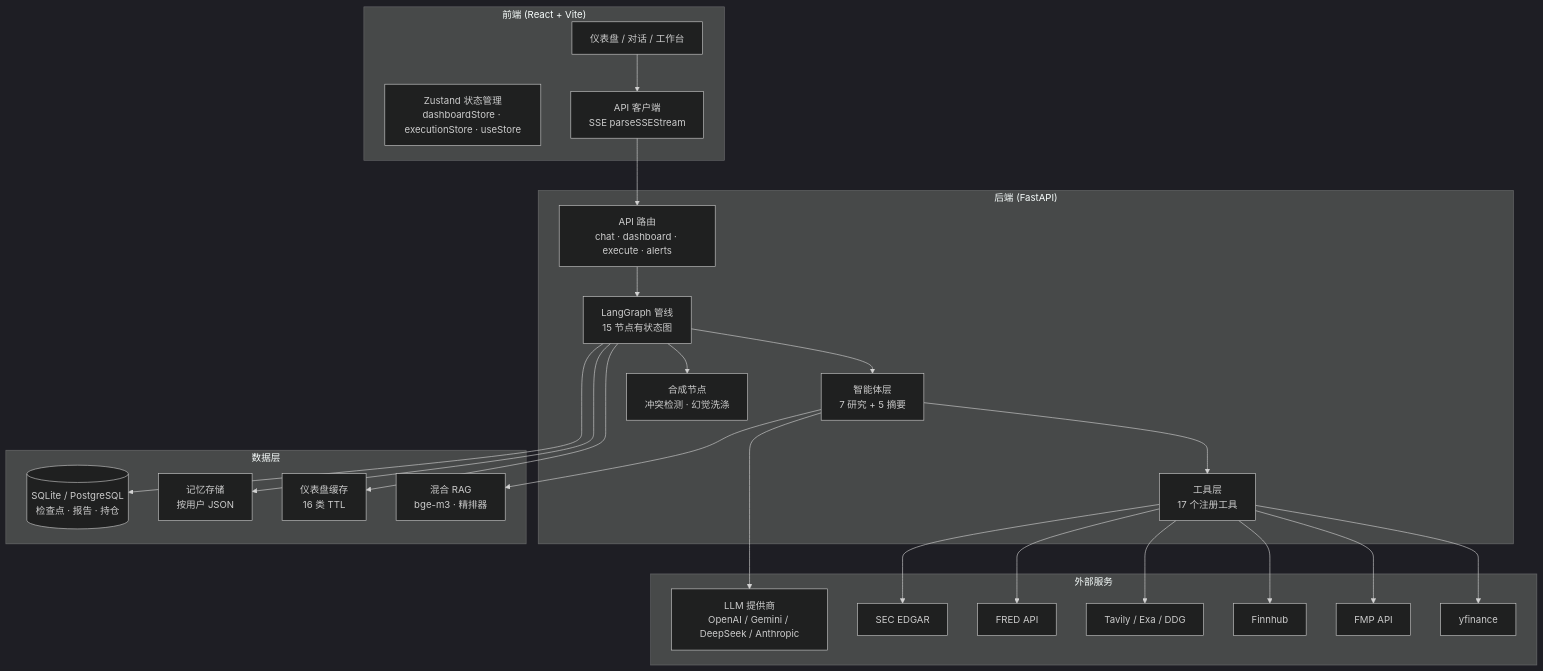
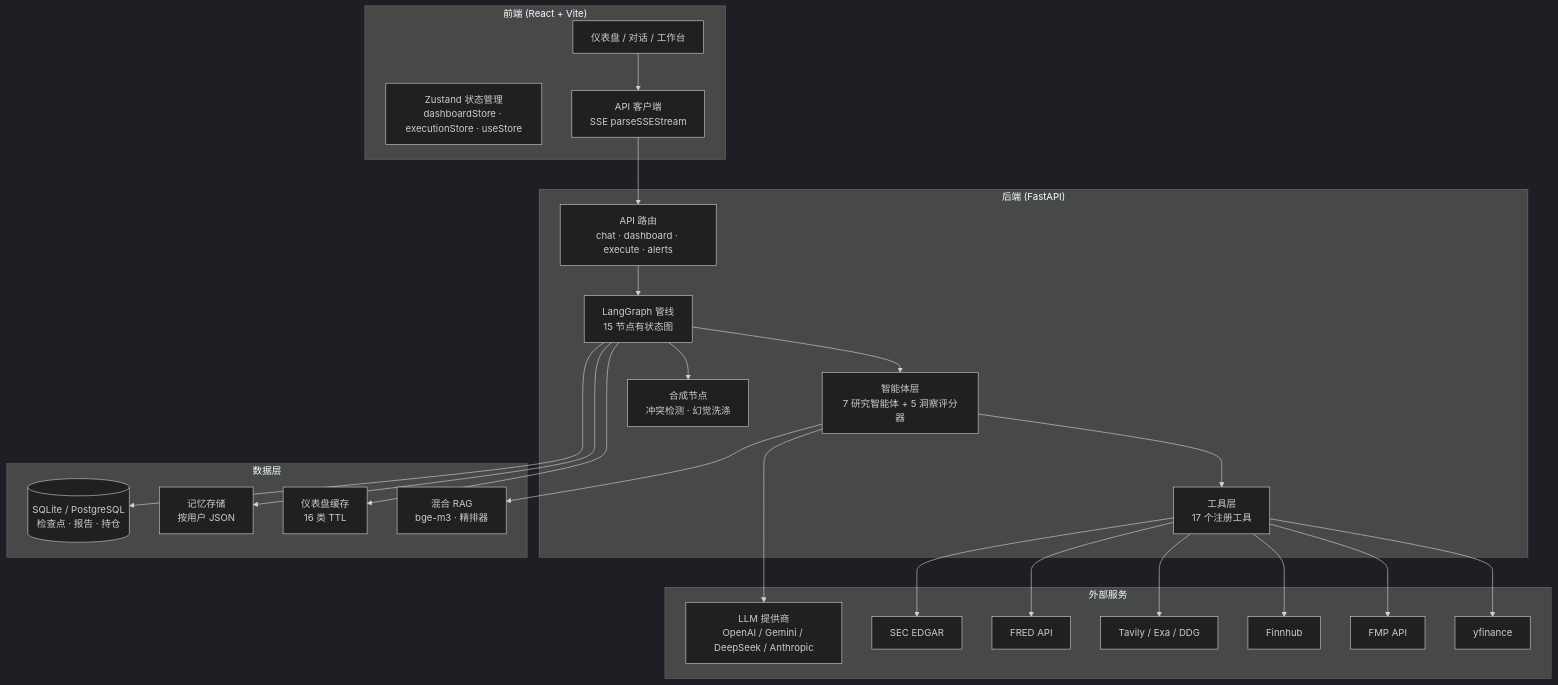
Before and after one commit to kkkano/FinSight: the first of 7 diagrams in readme_cn.md, drawn with Mermaid (dark theme). The commit also changed other lines of this file and 2 other files, not shown here.

Commit message:
docs(insights): clarify dashboard scorers vs research agents

````diff
--- a/readme_cn.md
+++ b/readme_cn.md
@@ -159,41 +159,41 @@
 ```mermaid
 graph TB
     subgraph "前端 (React + Vite)"
         UI[仪表盘 / 对话 / 工作台]
         STORE[Zustand 状态管理<br/>dashboardStore · executionStore · useStore]
         API_CLIENT[API 客户端<br/>SSE parseSSEStream]
     end
 
     subgraph "后端 (FastAPI)"
         ROUTER[API 路由<br/>chat · dashboard · execute · alerts]
         GRAPH[LangGraph 管线<br/>15 节点有状态图]
-        AGENTS[智能体层<br/>7 研究 + 5 摘要]
+        AGENTS[智能体层<br/>7 研究智能体 + 5 洞察评分器]
         TOOLS[工具层<br/>17 个注册工具]
         SYNTH[合成节点<br/>冲突检测 · 幻觉洗涤]
     end
 
     subgraph "数据层"
         RAG[混合 RAG<br/>bge-m3 · 精排器]
         CACHE[仪表盘缓存<br/>16 类 TTL]
         MEMORY[记忆存储<br/>按用户 JSON]
         DB[(SQLite / PostgreSQL<br/>检查点 · 报告 · 持仓)]
     end
 
     subgraph "外部服务"
         YFINANCE[yfinance]
         FMP[FMP API]
         FINNHUB[Finnhub]
         TAVILY[Tavily / Exa / DDG]
         FRED[FRED API]
         SEC[SEC EDGAR]
         LLM_API[LLM 提供商<br/>OpenAI / Gemini / DeepSeek / Anthropic]
     end
 
     UI --> API_CLIENT --> ROUTER
     ROUTER --> GRAPH --> AGENTS --> TOOLS
     GRAPH --> SYNTH
     TOOLS --> YFINANCE & FMP & FINNHUB & TAVILY & FRED & SEC
     AGENTS --> LLM_API
     AGENTS --> RAG
     GRAPH --> CACHE & MEMORY & DB
 ```
````
